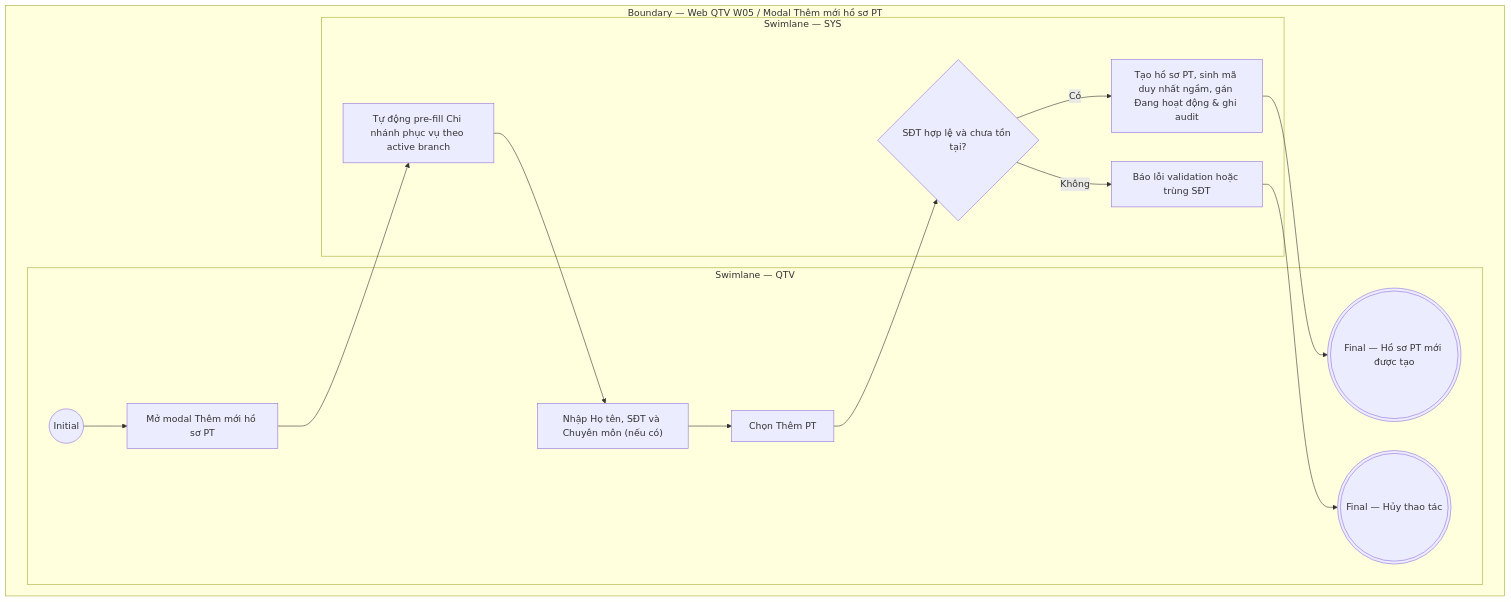
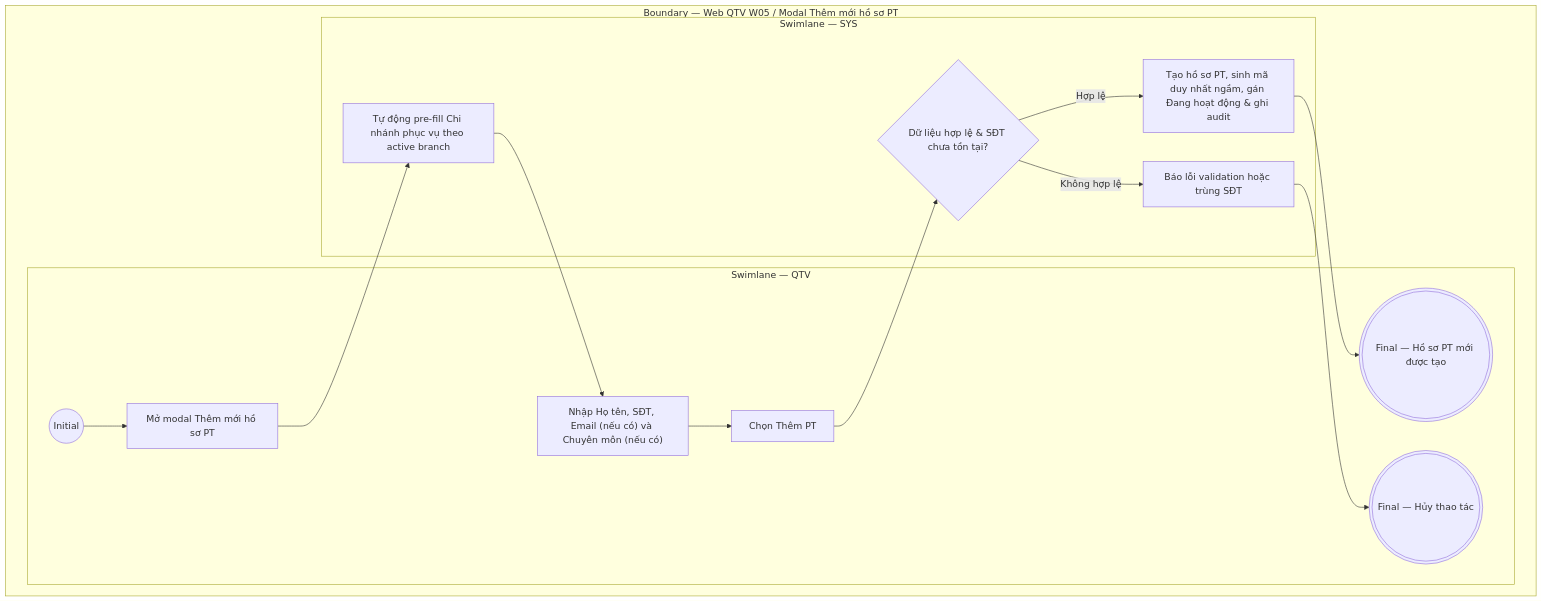
Before and after one commit to ThachY-23120411/Paradise-Gym-v2: the diagram in docs/user-stories/qtv/QTV-W05-Huấn luyện viên/QTV-W05-US01-Thêm hồ sơ PT.md, drawn with Mermaid. The commit also changed other lines of this file and 97 other files, not shown here.

````diff
--- a/docs/user-stories/qtv/QTV-W05-Huấn luyện viên/QTV-W05-US01-Thêm hồ sơ PT.md
+++ b/docs/user-stories/qtv/QTV-W05-Huấn luyện viên/QTV-W05-US01-Thêm hồ sơ PT.md
@@ -50,25 +53,25 @@
 ```mermaid
 flowchart TB
   subgraph B["Boundary — Web QTV W05 / Modal Thêm mới hồ sơ PT"]
     subgraph L0["Swimlane — QTV"]
       I01(("Initial"))
       A01["Mở modal Thêm mới hồ sơ PT"]
-      A02["Nhập Họ tên, SĐT và Chuyên môn (nếu có)"]
+      A02["Nhập Họ tên, SĐT, Email (nếu có) và Chuyên môn (nếu có)"]
       A03["Chọn Thêm PT"]
       F01((("Final — Hồ sơ PT mới được tạo")))
       F02((("Final — Hủy thao tác")))
       I01 --> A01
       A02 --> A03
     end
     subgraph L1["Swimlane — SYS"]
       S01["Tự động pre-fill Chi nhánh phục vụ theo active branch"]
-      S02{"SĐT hợp lệ và chưa tồn tại?"}
+      S02{"Dữ liệu hợp lệ & SĐT chưa tồn tại?"}
       S03["Tạo hồ sơ PT, sinh mã duy nhất ngầm, gán Đang hoạt động & ghi audit"]
       S04["Báo lỗi validation hoặc trùng SĐT"]
       A01 --> S01 --> A02
       A03 --> S02
-      S02 -->|Có| S03 --> F01
-      S02 -->|Không| S04 --> F02
+      S02 -->|Hợp lệ| S03 --> F01
+      S02 -->|Không hợp lệ| S04 --> F02
     end
   end
 ```
````
